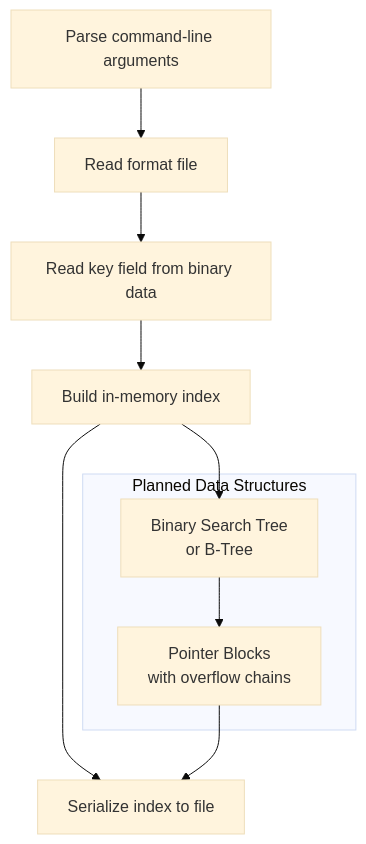
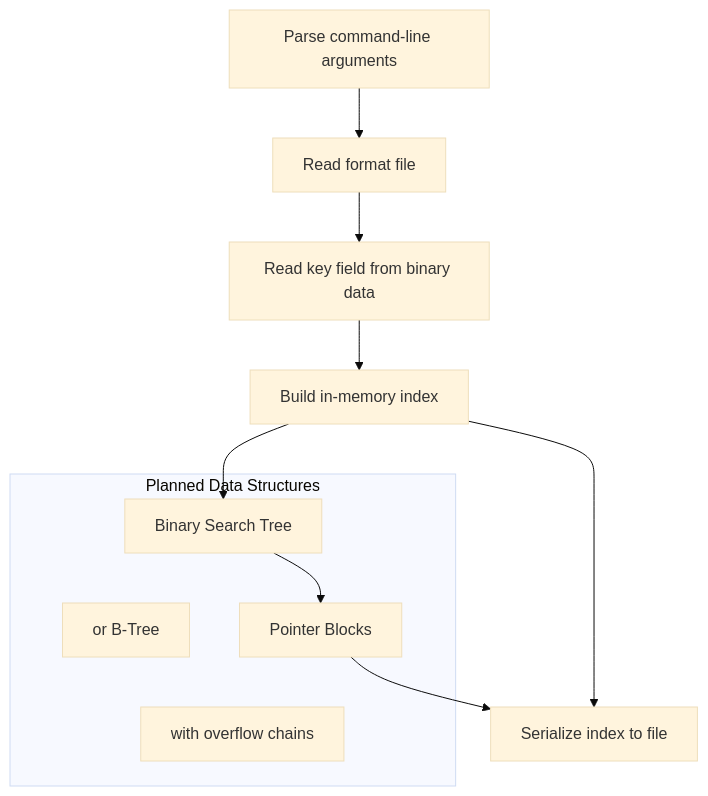
The diagram in README.md (meturhan/create-index-cpp), drawn with Mermaid (base theme) before and after one commit.

Commit message:
fix(mermaid): replace <br> tags with separate nodes in mermaid diagrams

````diff
--- a/README.md
+++ b/README.md
@@ -65,16 +65,20 @@
 ```mermaid
 flowchart TD
     A[Parse command-line arguments] --> B[Read format file]
     B --> C[Read key field from binary data]
     C --> D[Build in-memory index]
     D --> E[Serialize index to file]
     
     subgraph Index[Planned Data Structures]
-        F[Binary Search Tree<br>or B-Tree]
-        G[Pointer Blocks<br>with overflow chains]
+        F1[Binary Search Tree]
+        F2[or B-Tree]
+        F1 ~~~ F2
+        G1[Pointer Blocks]
+        G2[with overflow chains]
+        G1 ~~~ G2
     end
     
-    D --> F
-    F --> G
-    G --> E
+    D --> F1
+    F1 --> G1
+    G1 --> E
 ```
````
